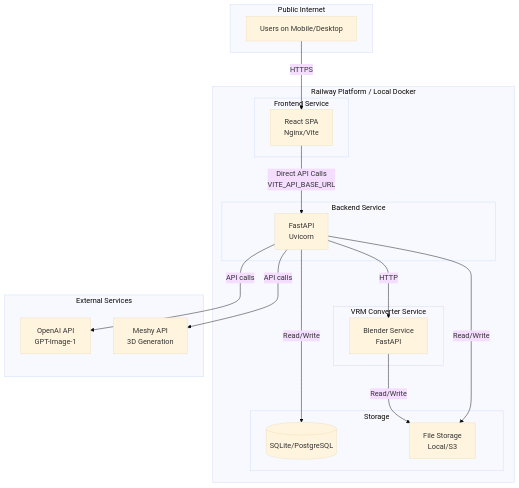
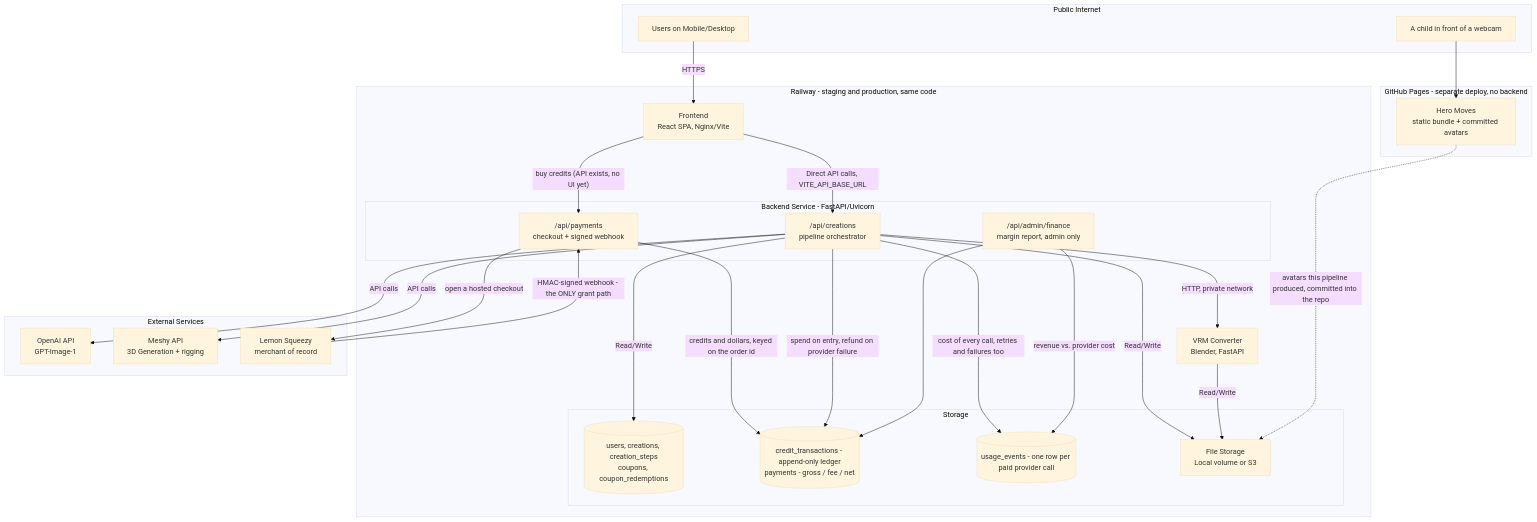
One commit to RazK/HeroMaker changed the first of 3 diagrams in docs/architecture/overview.md. Above: the diagram before and after it, drawn with Mermaid (base theme). The commit also changed other lines of this file and 1 other file, not shown here.

First paragraph of the commit message:
Redraw the architecture around what the system actually does now
The diagram still showed the system as it was before any of this year's work:
a frontend, a backend, a converter and two AI providers. It knew nothing about
money, and nothing about the game.

````diff
--- a/docs/architecture/overview.md
+++ b/docs/architecture/overview.md
@@ -7,39 +7,56 @@
 ```mermaid
 graph TB
-    subgraph "Public Internet"
-        User[Users on Mobile/Desktop]
+    subgraph Public["Public Internet"]
+        User["Users on Mobile/Desktop"]
+        Player["A child in front of a webcam"]
     end
-    
-    subgraph "Railway Platform / Local Docker"
-        subgraph "Frontend Service"
-            Frontend[React SPA<br/>Nginx/Vite]
+
+    subgraph Pages["GitHub Pages - separate deploy, no backend"]
+        Moves["Hero Moves<br/>static bundle + committed avatars"]
+    end
+
+    subgraph Platform["Railway - staging and production, same code"]
+        Frontend["Frontend<br/>React SPA, Nginx/Vite"]
+        subgraph BackendSvc["Backend Service - FastAPI/Uvicorn"]
+            Pipeline["/api/creations<br/>pipeline orchestrator"]
+            Payments["/api/payments<br/>checkout + signed webhook"]
+            Finance["/api/admin/finance<br/>margin report, admin only"]
         end
-        
-        subgraph "Backend Service"
-            Backend[FastAPI<br/>Uvicorn]
-        end
-        
-        subgraph "VRM Converter Service"
-            VRMConverter[Blender Service<br/>FastAPI]
-        end
-        
-        subgraph "Storage"
-            Database[(SQLite/PostgreSQL)]
-            Files[File Storage<br/>Local/S3]
+        Converter["VRM Converter<br/>Blender, FastAPI"]
+        subgraph Storage["Storage"]
+            Core[("users, creations, creation_steps<br/>coupons, coupon_redemptions")]
+            Money[("credit_transactions - append-only ledger<br/>payments - gross / fee / net")]
+            Usage[("usage_events - one row per paid provider call")]
+            Files["File Storage<br/>Local volume or S3"]
         end
     end
-    
-    subgraph "External Services"
-        OpenAI[OpenAI API<br/>GPT-Image-1]
-        Meshy[Meshy API<br/>3D Generation]
+
+    subgraph External["External Services"]
+        OpenAI["OpenAI API<br/>GPT-Image-1"]
+        Meshy["Meshy API<br/>3D Generation + rigging"]
+        LemonSqueezy["Lemon Squeezy<br/>merchant of record"]
     end
-    
+
     User -->|HTTPS| Frontend
-    Frontend -->|Direct API Calls<br/>VITE_API_BASE_URL| Backend
-    Backend -->|HTTP| VRMConverter
-    Backend -->|API calls| OpenAI
-    Backend -->|API calls| Meshy
-    VRMConverter -->|Read/Write| Files
-    Backend -->|Read/Write| Files
-    Backend -->|Read/Write| Database
+    Frontend -->|"Direct API calls, VITE_API_BASE_URL"| Pipeline
+    Frontend -->|"buy credits (API exists, no UI yet)"| Payments
+
+    Payments -->|"open a hosted checkout"| LemonSqueezy
+    LemonSqueezy -->|"HMAC-signed webhook - the ONLY grant path"| Payments
+    Payments -->|"credits and dollars, keyed on the order id"| Money
+
+    Pipeline -->|"spend on entry, refund on provider failure"| Money
+    Pipeline -->|"API calls"| OpenAI
+    Pipeline -->|"API calls"| Meshy
+    Pipeline -->|"cost of every call, retries and failures too"| Usage
+    Pipeline -->|HTTP, private network| Converter
+    Pipeline -->|Read/Write| Core
+    Pipeline -->|Read/Write| Files
+    Converter -->|Read/Write| Files
+
+    Finance -->|"revenue vs. provider cost"| Usage
+    Finance --> Money
+
+    Player --> Moves
+    Moves -.->|"avatars this pipeline produced, committed into the repo"| Files
 ```
````
